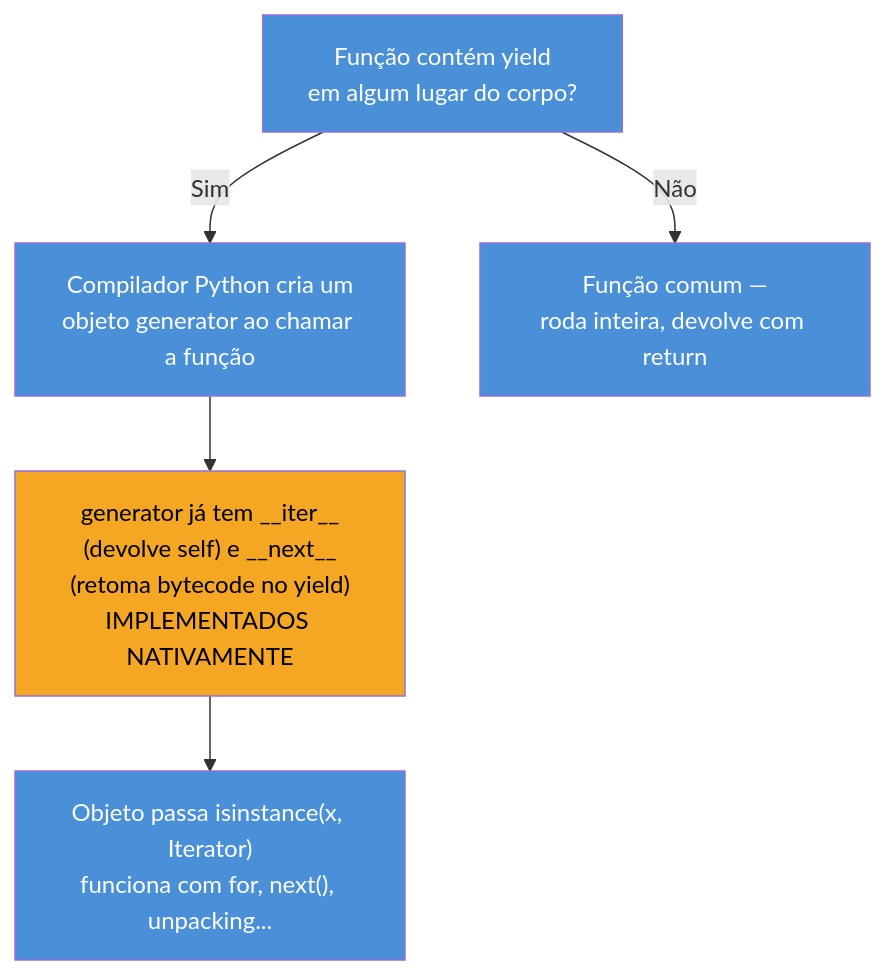
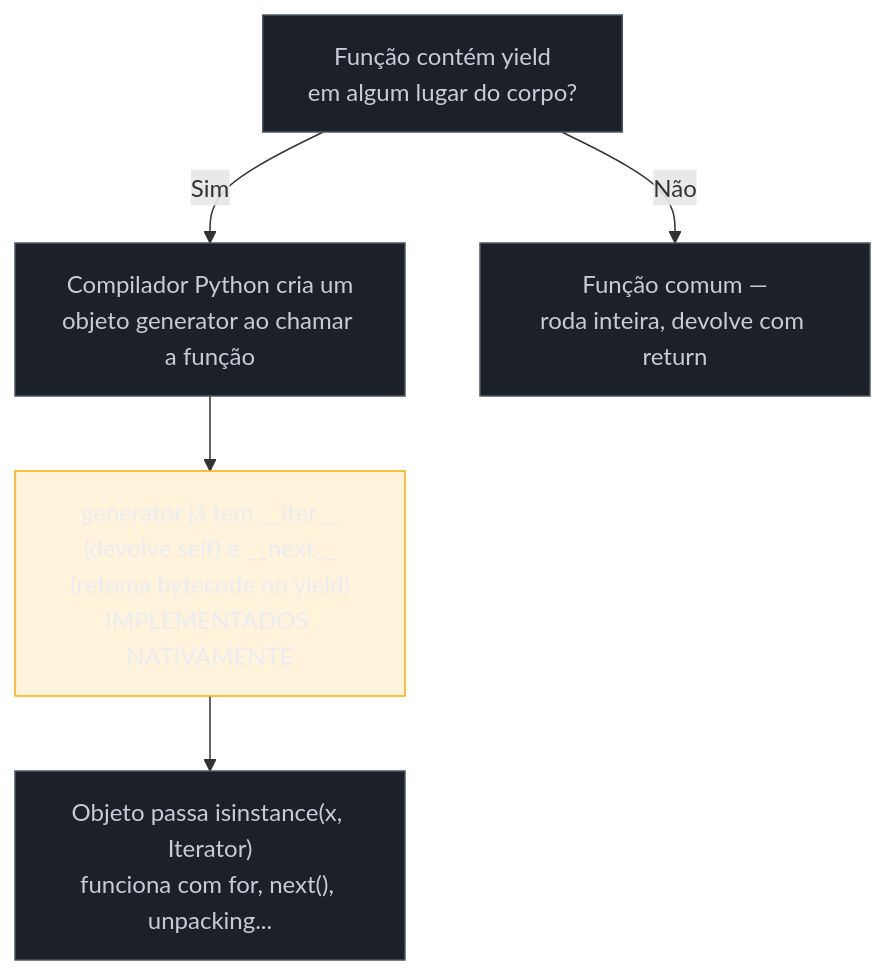
One commit to josenaldo/codex-technomanticus changed the third of 3 diagrams in 03-Dominios/Tecnologia/Python/Funcional e idiomas avançados/02 - Generators — yield e generator functions.md. Above: the diagram before and after it, drawn with Mermaid. The commit also changed other lines of this file and 1181 other files, not shown here.

First line of the commit message:
fix(diagramas): paleta do sistema no lugar de cor cravada no markdown

````diff
--- a/03-Dominios/Tecnologia/Python/Funcional e idiomas avançados/02 - Generators — yield e generator functions.md
+++ b/03-Dominios/Tecnologia/Python/Funcional e idiomas avançados/02 - Generators — yield e generator functions.md
@@ -312,13 +314,15 @@
 ```mermaid
 flowchart TB
+    classDef neutro fill:#1B2029,stroke:#4E5666,color:#C6CCD8
+    classDef destaque fill:#FFAA0024,stroke:#FFAA00,color:#E9ECF2
     A["Função contém yield<br/>em algum lugar do corpo?"] -->|"Sim"| B["Compilador Python cria um<br/>objeto generator ao chamar a função"]
     A -->|"Não"| C["Função comum —<br/>roda inteira, devolve com return"]
     B --> D["generator já tem __iter__<br/>(devolve self) e __next__<br/>(retoma bytecode no yield)<br/>IMPLEMENTADOS NATIVAMENTE"]
     D --> E["Objeto passa isinstance(x, Iterator)<br/>funciona com for, next(), unpacking..."]
 
-    style A fill:#4A90D9,color:#fff
-    style B fill:#4A90D9,color:#fff
-    style D fill:#F5A623,color:#000
-    style E fill:#4A90D9,color:#fff
-    style C fill:#4A90D9,color:#fff
+    class A neutro
+    class B neutro
+    class D destaque
+    class E neutro
+    class C neutro
 ```
````
